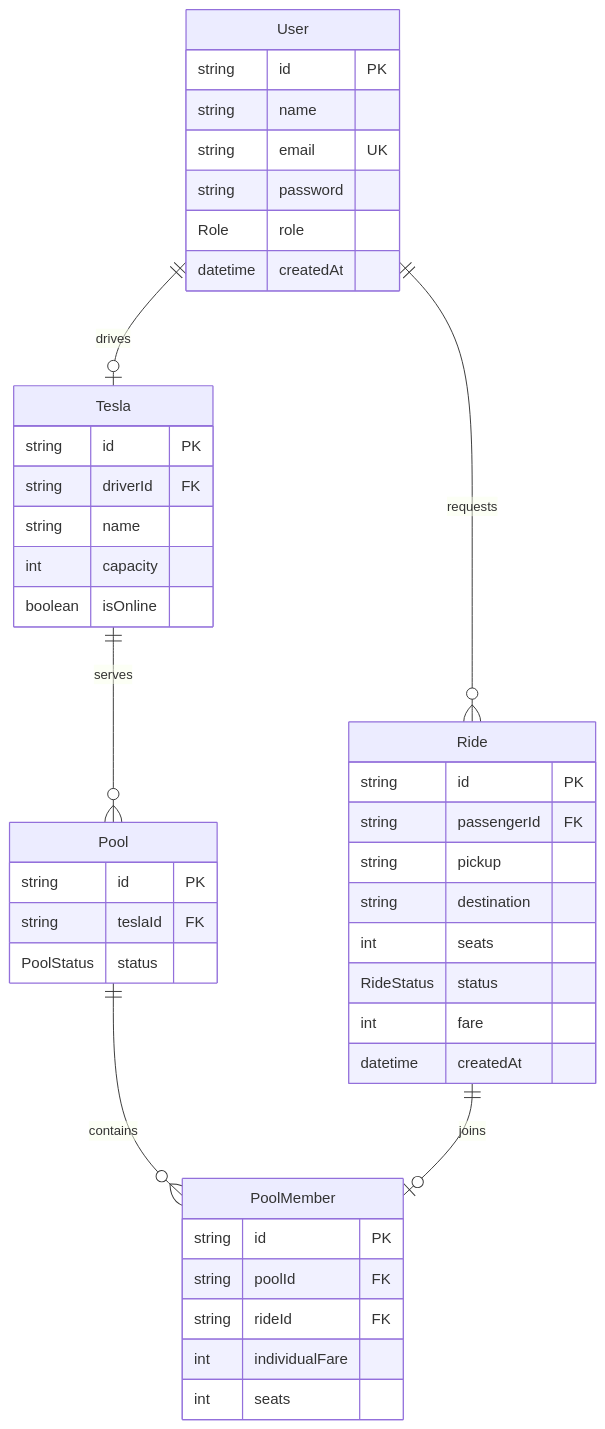
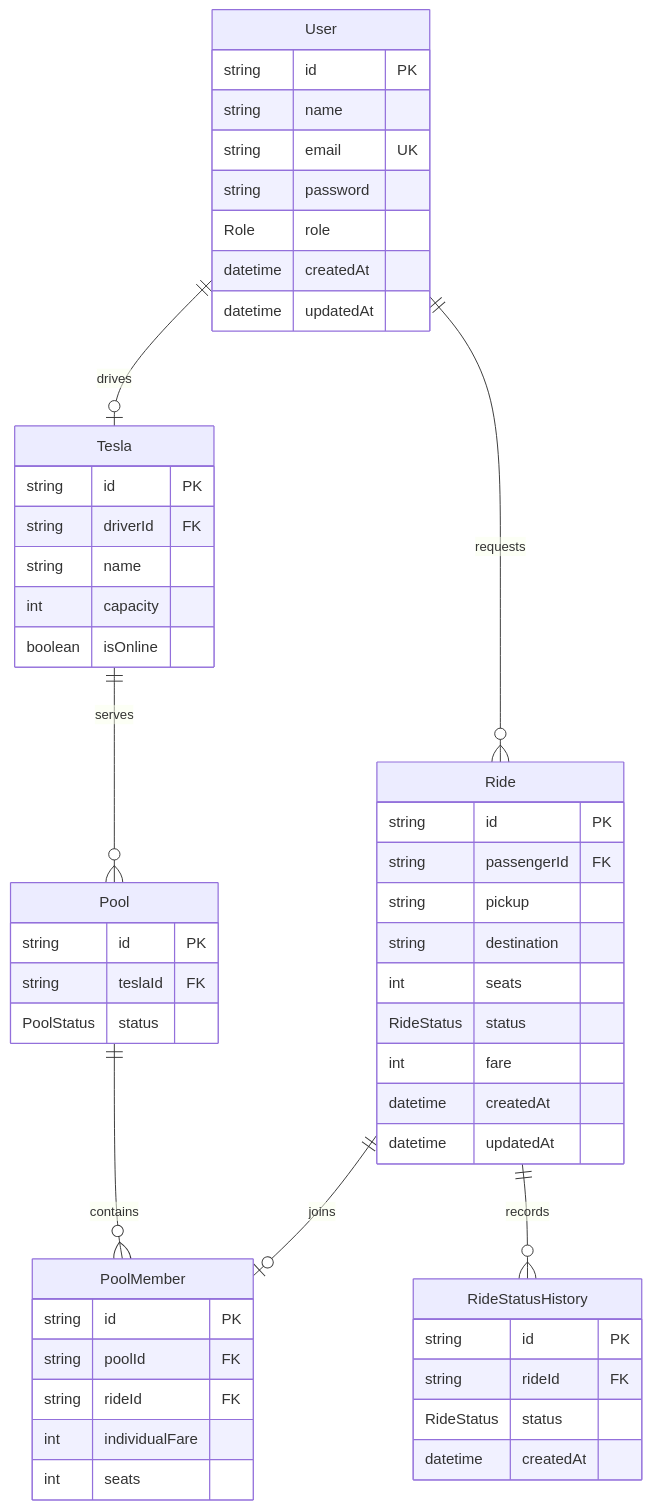
Before and after one commit to 17324Mahir/dhaka-tesla-pool: the diagram in docs/erd.md, drawn with Mermaid. The commit also changed 48 other files, not shown here.

````diff
--- a/docs/erd.md
+++ b/docs/erd.md
@@ -3,50 +3,60 @@
 ```mermaid
 erDiagram
     User ||--o{ Ride : requests
     User ||--o| Tesla : drives
     Tesla ||--o{ Pool : serves
     Pool ||--o{ PoolMember : contains
     Ride ||--o| PoolMember : joins
+    Ride ||--o{ RideStatusHistory : records
 
     User {
       string id PK
       string name
       string email UK
       string password
       Role role
       datetime createdAt
+      datetime updatedAt
     }
 
     Tesla {
       string id PK
       string driverId FK
       string name
       int capacity
       boolean isOnline
     }
 
     Ride {
       string id PK
       string passengerId FK
       string pickup
       string destination
       int seats
       RideStatus status
       int fare
       datetime createdAt
+      datetime updatedAt
     }
 
     Pool {
       string id PK
       string teslaId FK
       PoolStatus status
     }
 
     PoolMember {
       string id PK
       string poolId FK
       string rideId FK
       int individualFare
       int seats
     }
+
+    RideStatusHistory {
+      string id PK
+      string rideId FK
+      RideStatus status
+      datetime createdAt
+    }
 ```
````
